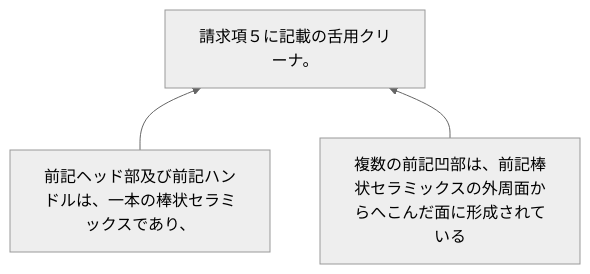
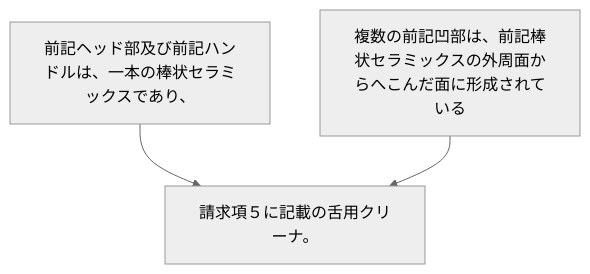
Before and after one commit to shinmori55/patent_analyzed: the diagram in 2024/JP2024005430A/claim_6/README.md, drawn with Mermaid (neutral theme). The commit also changed 31 other files, not shown here.

````diff
--- a/2024/JP2024005430A/claim_6/README.md
+++ b/2024/JP2024005430A/claim_6/README.md
@@ -4,8 +4,8 @@
 ```mermaid
-flowchart BT
+flowchart TD
 A[前記ヘッド部及び前記ハンドルは、一本の棒状セラミックスであり、]
 B[複数の前記凹部は、前記棒状セラミックスの外周面からへこんだ面に形成されている]
 C[請求項５に記載の舌用クリーナ。]
 A --> C
 B --> C
 ```
````
